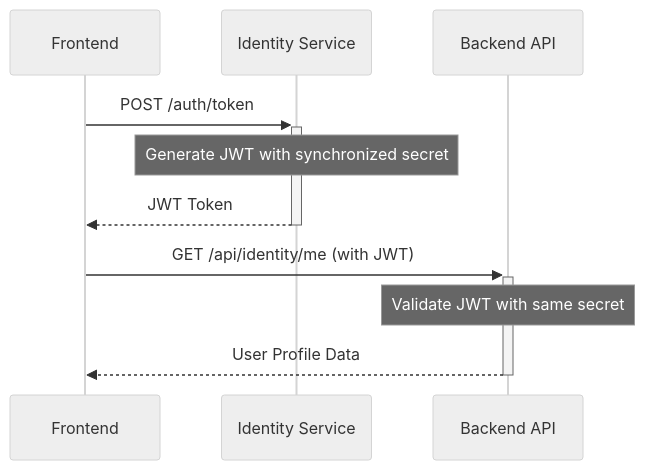
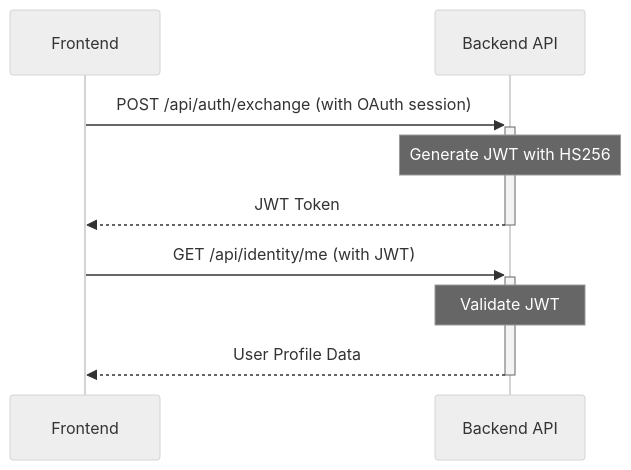
Before and after one commit to theweboftrust/wot.id-public-docs: the second of 4 diagrams in 04_Backend_And_Identity_Service.md, drawn with Mermaid (neutral theme). The commit also changed other lines of this file, not shown here.

````diff
--- a/04_Backend_And_Identity_Service.md
+++ b/04_Backend_And_Identity_Service.md
@@ -620,14 +618,13 @@
 ```mermaid
 sequenceDiagram
     participant Frontend
-    participant IdentityService as Identity Service
     participant BackendAPI as Backend API
-    
-    Frontend->>+IdentityService: POST /auth/token
-    Note over IdentityService: Generate JWT with synchronized secret
-    IdentityService-->>-Frontend: JWT Token
-    
+
+    Frontend->>+BackendAPI: POST /api/auth/exchange (with OAuth session)
+    Note over BackendAPI: Generate JWT with HS256
+    BackendAPI-->>-Frontend: JWT Token
+
     Frontend->>+BackendAPI: GET /api/identity/me (with JWT)
-    Note over BackendAPI: Validate JWT with same secret
+    Note over BackendAPI: Validate JWT
     BackendAPI-->>-Frontend: User Profile Data
 ```
````
